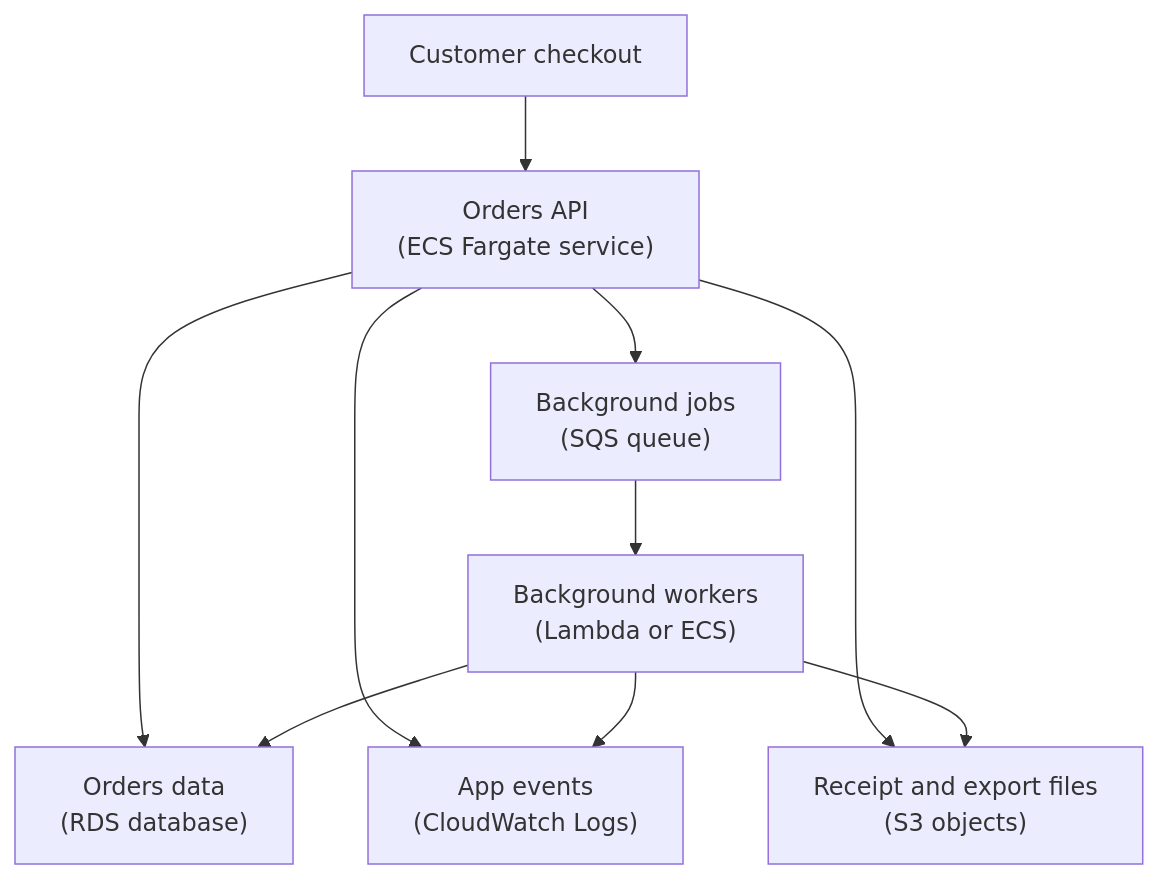
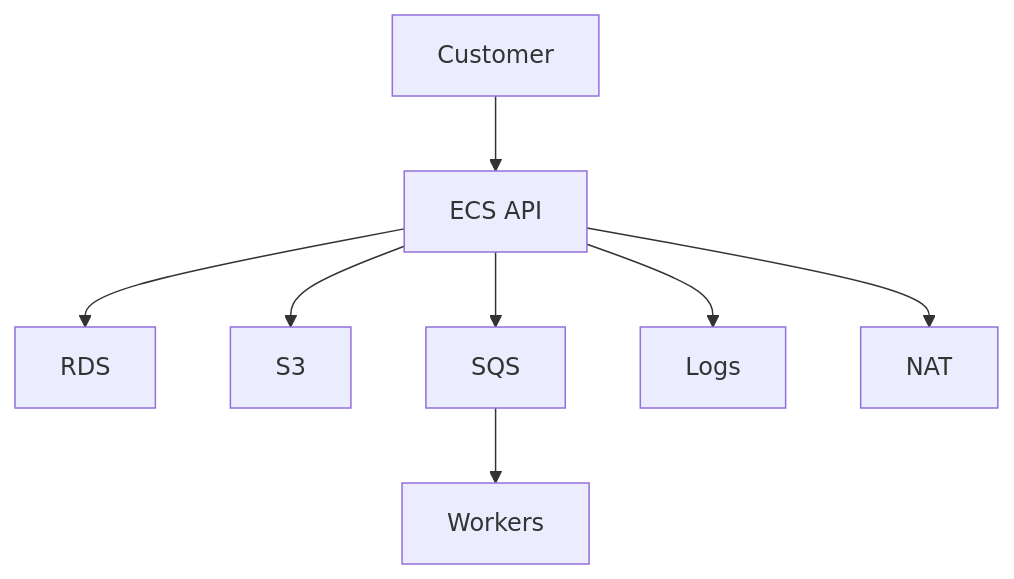
One commit to senlinyy/dev-roadmaps changed the diagram in cloud-providers/aws/cost-resilience/cost-management.md. Above: the diagram before and after it, drawn with Mermaid. The commit also changed other lines of this file and 275 other files, not shown here.

Commit message:
feat: roadmap structure update

````diff
--- a/cloud-providers/aws/cost-resilience/cost-management.md
+++ b/cloud-providers/aws/cost-resilience/cost-management.md
@@ -66,12 +63,10 @@
 ```mermaid
 flowchart TD
-    User["Customer checkout"] --> API["Orders API<br/>(ECS Fargate service)"]
-    API --> RDS["Orders data<br/>(RDS database)"]
-    API --> Logs["App events<br/>(CloudWatch Logs)"]
-    API --> S3["Receipt and export files<br/>(S3 objects)"]
-    API --> SQS["Background jobs<br/>(SQS queue)"]
-    SQS --> Workers["Background workers<br/>(Lambda or ECS)"]
-    Workers --> Logs
-    Workers --> RDS
-    Workers --> S3
+    User["Customer"] --> API["ECS API"]
+    API --> RDS["RDS"]
+    API --> S3["S3"]
+    API --> SQS["SQS"]
+    SQS --> Worker["Workers"]
+    API --> Logs["Logs"]
+    API --> NAT["NAT"]
 ```
````
